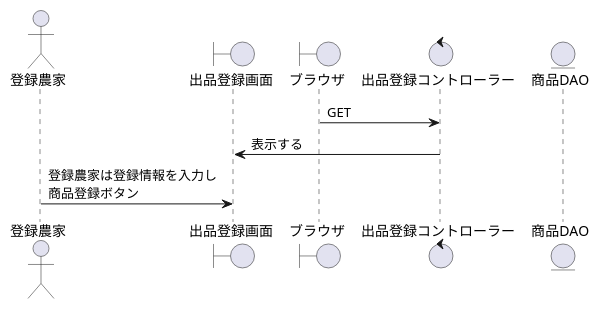
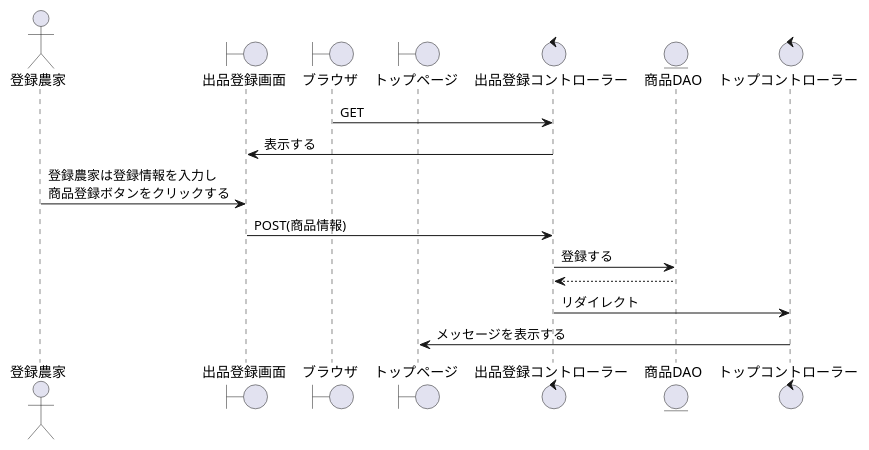
Before and after one commit to SK-B-S/PJ: the diagram in PJ_シーケンス/農家/出品登録.wsd, drawn with PlantUML.

```diff
--- a/PJ_シーケンス/農家/出品登録.wsd
+++ b/PJ_シーケンス/農家/出品登録.wsd
@@ -1,14 +1,21 @@
 @startuml 出品登録を表示
 
 actor    "登録農家" as act
-boundary "出品登録画面" as Top
+boundary "出品登録画面" as b
 boundary "ブラウザ" as brz
+boundary "トップページ" as Top
 control  "出品登録コントローラー" as Acquisition_c
 entity   "商品DAO" as merchandise
+control  "トップコントローラー" as top_c
 
 '-------------------------------------------------------------------------------------------
 
 brz -> Acquisition_c : GET
-Top <- Acquisition_c : 表示する
-act -> Top : 登録農家は登録情報を入力し\n商品登録ボタン
+b <- Acquisition_c : 表示する
+act -> b : 登録農家は登録情報を入力し\n商品登録ボタンをクリックする
+b -> Acquisition_c : POST(商品情報)
+Acquisition_c -> merchandise : 登録する
+Acquisition_c <-- merchandise 
+Acquisition_c -> top_c : リダイレクト
+top_c -> Top : メッセージを表示する
 @enduml
```
